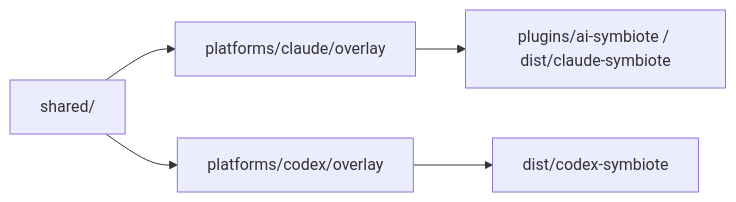
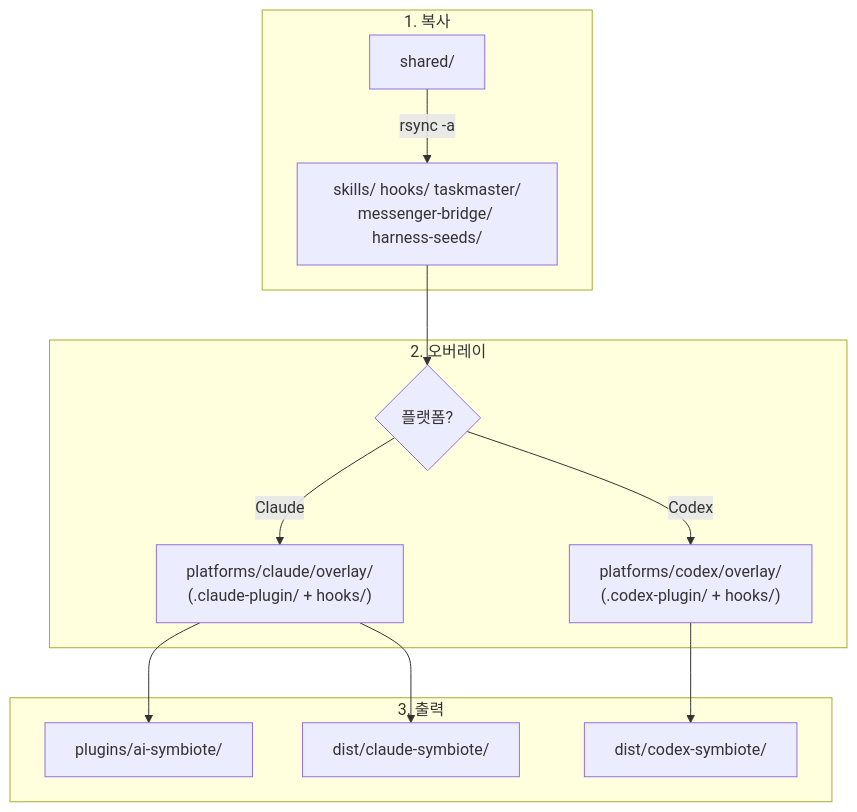
The third of 3 diagrams in docs/ARCHITECTURE.md (Jimmy-Jung/ai-symbiote), drawn with Mermaid before and after one commit. The commit also changed other lines of this file and 5 other files, not shown here.

````diff
--- a/docs/ARCHITECTURE.md
+++ b/docs/ARCHITECTURE.md
@@ -110,7 +136,16 @@
 ```mermaid
-flowchart LR
-    S["shared/"] --> C["platforms/claude/overlay"]
-    S --> X["platforms/codex/overlay"]
-    C --> P["plugins/ai-symbiote / dist/claude-symbiote"]
-    X --> D["dist/codex-symbiote"]
+flowchart TD
+    subgraph "1. 복사"
+        S["shared/"] -->|"rsync -a"| T1["skills/ hooks/ taskmaster/<br/>messenger-bridge/ harness-seeds/"]
+    end
+    subgraph "2. 오버레이"
+        T1 --> OV{"플랫폼?"}
+        OV -->|"Claude"| CL["platforms/claude/overlay/<br/>(.claude-plugin/ + hooks/)"]
+        OV -->|"Codex"| CX["platforms/codex/overlay/<br/>(.codex-plugin/ + hooks/)"]
+    end
+    subgraph "3. 출력"
+        CL --> P["plugins/ai-symbiote/"]
+        CL --> DC["dist/claude-symbiote/"]
+        CX --> DX["dist/codex-symbiote/"]
+    end
 ```
````
